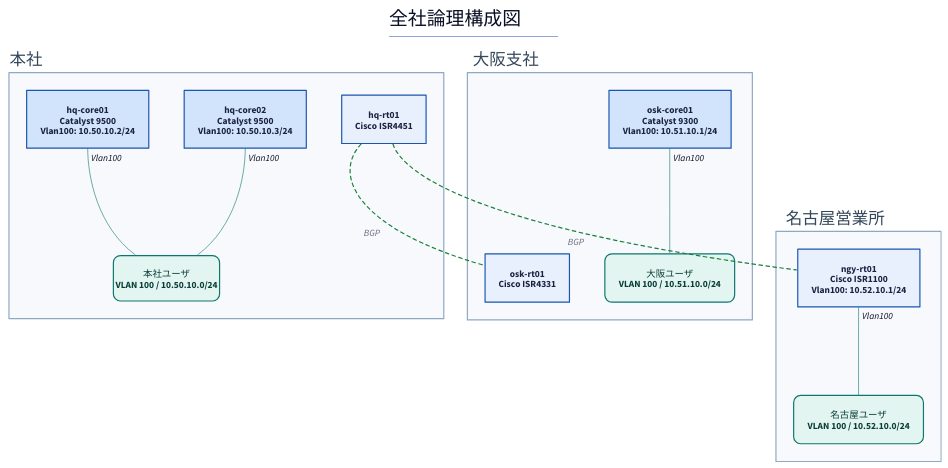
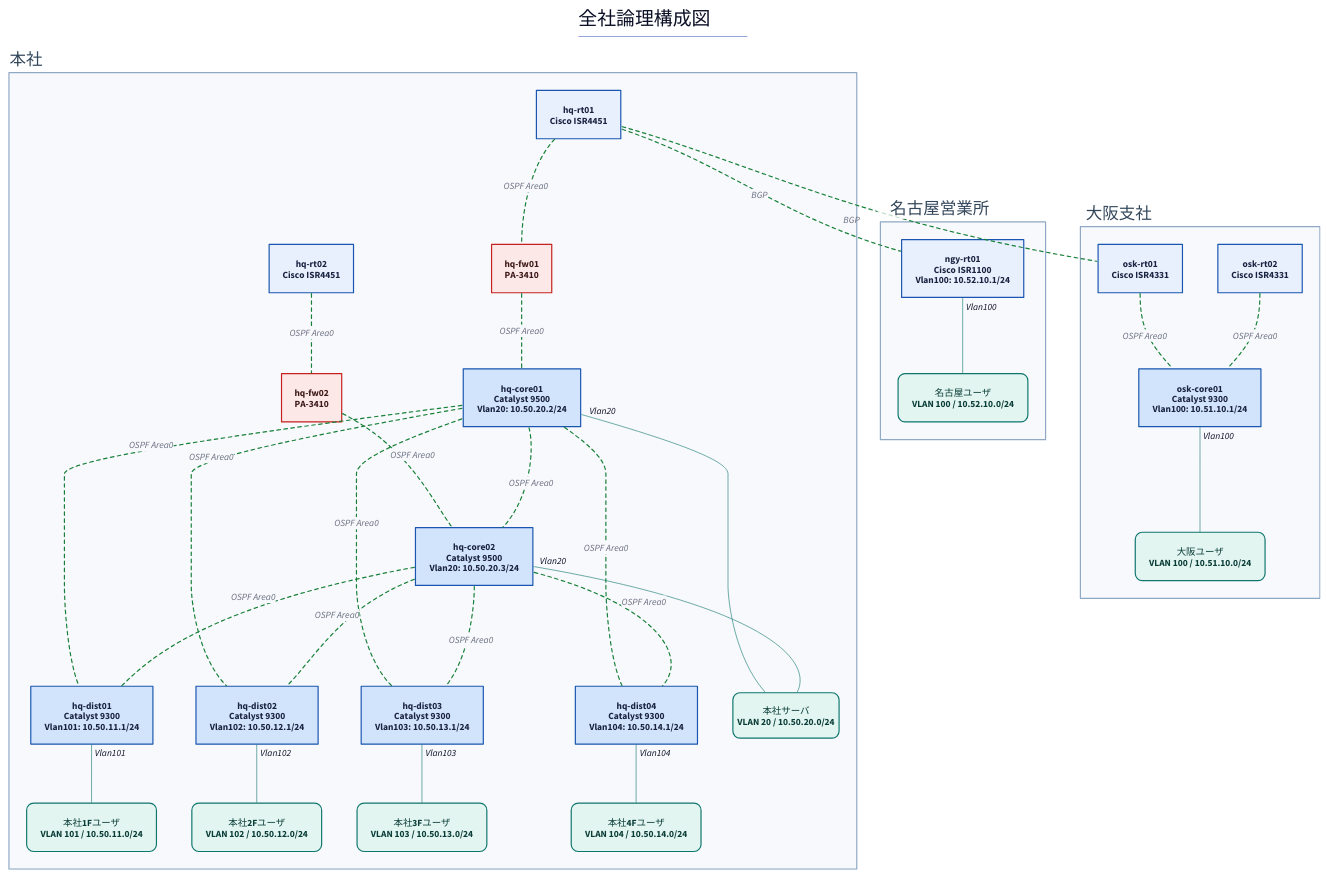
One commit to thinas1115/nwdsl changed the diagram in examples/scale-50/generated/logical-all.d2. Above: the diagram before and after it, drawn with D2. The commit also changed 5 other files, not shown here.

```diff
--- a/examples/scale-50/generated/logical-all.d2
+++ b/examples/scale-50/generated/logical-all.d2
@@ -1,54 +1,85 @@
 title: |md
   # 全社論理構成図
 | {near: top-center}
 direction: down
 
 classes: {
   role-router: {style.fill: "#e8f0fe"; style.stroke: "#1a56b0"; style.font-color: "#1a2340"}
   role-l3switch: {style.fill: "#d2e3fc"; style.stroke: "#1a56b0"; style.font-color: "#1a2340"}
   role-l2switch: {style.fill: "#e6f4ea"; style.stroke: "#137333"; style.font-color: "#1a2e1f"}
   role-firewall: {style.fill: "#fce8e6"; style.stroke: "#c5221f"; style.font-color: "#3c1a19"}
   role-other: {style.fill: "#f1f3f4"; style.stroke: "#5f6368"; style.font-color: "#202124"}
   node-cloud: {shape: cloud; style.fill: "#f1f3f4"; style.stroke: "#5f6368"}
   node-site: {style.fill: "#fff8e1"; style.stroke: "#b58105"; style.font-color: "#4a3a08"}
   node-segment: {style.fill: "#e2f5f0"; style.stroke: "#0f766e"; style.font-color: "#0b3d38"; style.border-radius: 12}
   node-external: {style.fill: "#ffffff"; style.stroke: "#9aa0a6"; style.stroke-dash: 3}
   group-site: {style.fill: "#f7f9fc"; style.stroke: "#8fa8c4"; style.font-color: "#33475b"}
   edge-label: {style.fill: "transparent"; style.stroke: "transparent"; style.font-size: 14; style.font-color: "#5f6368"; style.italic: true}
   edge-lan-cable: {style.stroke: "#4a4a4a"; style.stroke-width: 2}
   edge-wan-circuit: {style.stroke: "#1a73e8"; style.stroke-width: 4}
   edge-tunnel: {style.stroke: "#7b1fa2"; style.stroke-width: 2; style.stroke-dash: 5}
   edge-logical: {style.stroke: "#188038"; style.stroke-width: 2; style.stroke-dash: 3}
   edge-segment: {style.stroke: "#0f766e"; style.stroke-width: 1}
 }
 
 s_hq: "本社" {
   class: group-site
   label.near: outside-top-left
   n_hq_rt01: "hq-rt01\nCisco ISR4451" {class: role-router}
-  n_hq_core01: "hq-core01\nCatalyst 9500\nVlan100: 10.50.10.2/24" {class: role-l3switch}
-  n_hq_core02: "hq-core02\nCatalyst 9500\nVlan100: 10.50.10.3/24" {class: role-l3switch}
-  n_seg__hq_lan: "本社ユーザ\nVLAN 100 / 10.50.10.0/24" {class: node-segment; width: 180}
+  n_hq_fw01: "hq-fw01\nPA-3410" {class: role-firewall}
+  n_hq_rt02: "hq-rt02\nCisco ISR4451" {class: role-router}
+  n_hq_fw02: "hq-fw02\nPA-3410" {class: role-firewall}
+  n_hq_core01: "hq-core01\nCatalyst 9500\nVlan20: 10.50.20.2/24" {class: role-l3switch}
+  n_hq_core02: "hq-core02\nCatalyst 9500\nVlan20: 10.50.20.3/24" {class: role-l3switch}
+  n_hq_dist01: "hq-dist01\nCatalyst 9300\nVlan101: 10.50.11.1/24" {class: role-l3switch}
+  n_hq_dist02: "hq-dist02\nCatalyst 9300\nVlan102: 10.50.12.1/24" {class: role-l3switch}
+  n_hq_dist03: "hq-dist03\nCatalyst 9300\nVlan103: 10.50.13.1/24" {class: role-l3switch}
+  n_hq_dist04: "hq-dist04\nCatalyst 9300\nVlan104: 10.50.14.1/24" {class: role-l3switch}
+  n_seg__hq_srv: "本社サーバ\nVLAN 20 / 10.50.20.0/24" {class: node-segment; width: 180}
+  n_seg__hq_fl1: "本社1Fユーザ\nVLAN 101 / 10.50.11.0/24" {class: node-segment}
+  n_seg__hq_fl2: "本社2Fユーザ\nVLAN 102 / 10.50.12.0/24" {class: node-segment}
+  n_seg__hq_fl3: "本社3Fユーザ\nVLAN 103 / 10.50.13.0/24" {class: node-segment}
+  n_seg__hq_fl4: "本社4Fユーザ\nVLAN 104 / 10.50.14.0/24" {class: node-segment}
 }
 
 s_osk: "大阪支社" {
   class: group-site
   label.near: outside-top-left
   n_osk_rt01: "osk-rt01\nCisco ISR4331" {class: role-router}
   n_osk_core01: "osk-core01\nCatalyst 9300\nVlan100: 10.51.10.1/24" {class: role-l3switch}
+  n_osk_rt02: "osk-rt02\nCisco ISR4331" {class: role-router}
   n_seg__osk_lan: "大阪ユーザ\nVLAN 100 / 10.51.10.0/24" {class: node-segment}
 }
 
 s_ngy: "名古屋営業所" {
   class: group-site
   label.near: outside-top-left
   n_ngy_rt01: "ngy-rt01\nCisco ISR1100\nVlan100: 10.52.10.1/24" {class: role-router}
   n_seg__ngy_lan: "名古屋ユーザ\nVLAN 100 / 10.52.10.0/24" {class: node-segment}
 }
 
+s_hq.n_hq_rt01 -- s_hq.n_hq_fw01: "OSPF Area0" {class: edge-logical}
+s_hq.n_hq_rt02 -- s_hq.n_hq_fw02: "OSPF Area0" {class: edge-logical}
+s_hq.n_hq_fw01 -- s_hq.n_hq_core01: "OSPF Area0" {class: edge-logical}
+s_hq.n_hq_fw02 -- s_hq.n_hq_core02: "OSPF Area0" {class: edge-logical}
+s_hq.n_hq_core01 -- s_hq.n_hq_core02: "OSPF Area0" {class: edge-logical}
+s_hq.n_hq_core01 -- s_hq.n_hq_dist01: "OSPF Area0" {class: edge-logical}
+s_hq.n_hq_core02 -- s_hq.n_hq_dist01: "OSPF Area0" {class: edge-logical}
+s_hq.n_hq_core01 -- s_hq.n_hq_dist02: "OSPF Area0" {class: edge-logical}
+s_hq.n_hq_core02 -- s_hq.n_hq_dist02: "OSPF Area0" {class: edge-logical}
+s_hq.n_hq_core01 -- s_hq.n_hq_dist03: "OSPF Area0" {class: edge-logical}
+s_hq.n_hq_core02 -- s_hq.n_hq_dist03: "OSPF Area0" {class: edge-logical}
+s_hq.n_hq_core01 -- s_hq.n_hq_dist04: "OSPF Area0" {class: edge-logical}
+s_hq.n_hq_core02 -- s_hq.n_hq_dist04: "OSPF Area0" {class: edge-logical}
+s_osk.n_osk_rt01 -- s_osk.n_osk_core01: "OSPF Area0" {class: edge-logical}
+s_osk.n_osk_rt02 -- s_osk.n_osk_core01: "OSPF Area0" {class: edge-logical}
 s_hq.n_hq_rt01 -- s_osk.n_osk_rt01: "BGP" {class: edge-logical}
 s_hq.n_hq_rt01 -- s_ngy.n_ngy_rt01: "BGP" {class: edge-logical}
-s_hq.n_hq_core01 -- s_hq.n_seg__hq_lan {class: edge-segment; source-arrowhead.label: "Vlan100"}
-s_hq.n_hq_core02 -- s_hq.n_seg__hq_lan {class: edge-segment; source-arrowhead.label: "Vlan100"}
+s_hq.n_hq_core01 -- s_hq.n_seg__hq_srv {class: edge-segment; source-arrowhead.label: "Vlan20"}
+s_hq.n_hq_core02 -- s_hq.n_seg__hq_srv {class: edge-segment; source-arrowhead.label: "Vlan20"}
 s_osk.n_osk_core01 -- s_osk.n_seg__osk_lan {class: edge-segment; source-arrowhead.label: "Vlan100"}
 s_ngy.n_ngy_rt01 -- s_ngy.n_seg__ngy_lan {class: edge-segment; source-arrowhead.label: "Vlan100"}
+s_hq.n_hq_dist01 -- s_hq.n_seg__hq_fl1 {class: edge-segment; source-arrowhead.label: "Vlan101"}
+s_hq.n_hq_dist02 -- s_hq.n_seg__hq_fl2 {class: edge-segment; source-arrowhead.label: "Vlan102"}
+s_hq.n_hq_dist03 -- s_hq.n_seg__hq_fl3 {class: edge-segment; source-arrowhead.label: "Vlan103"}
+s_hq.n_hq_dist04 -- s_hq.n_seg__hq_fl4 {class: edge-segment; source-arrowhead.label: "Vlan104"}
```
